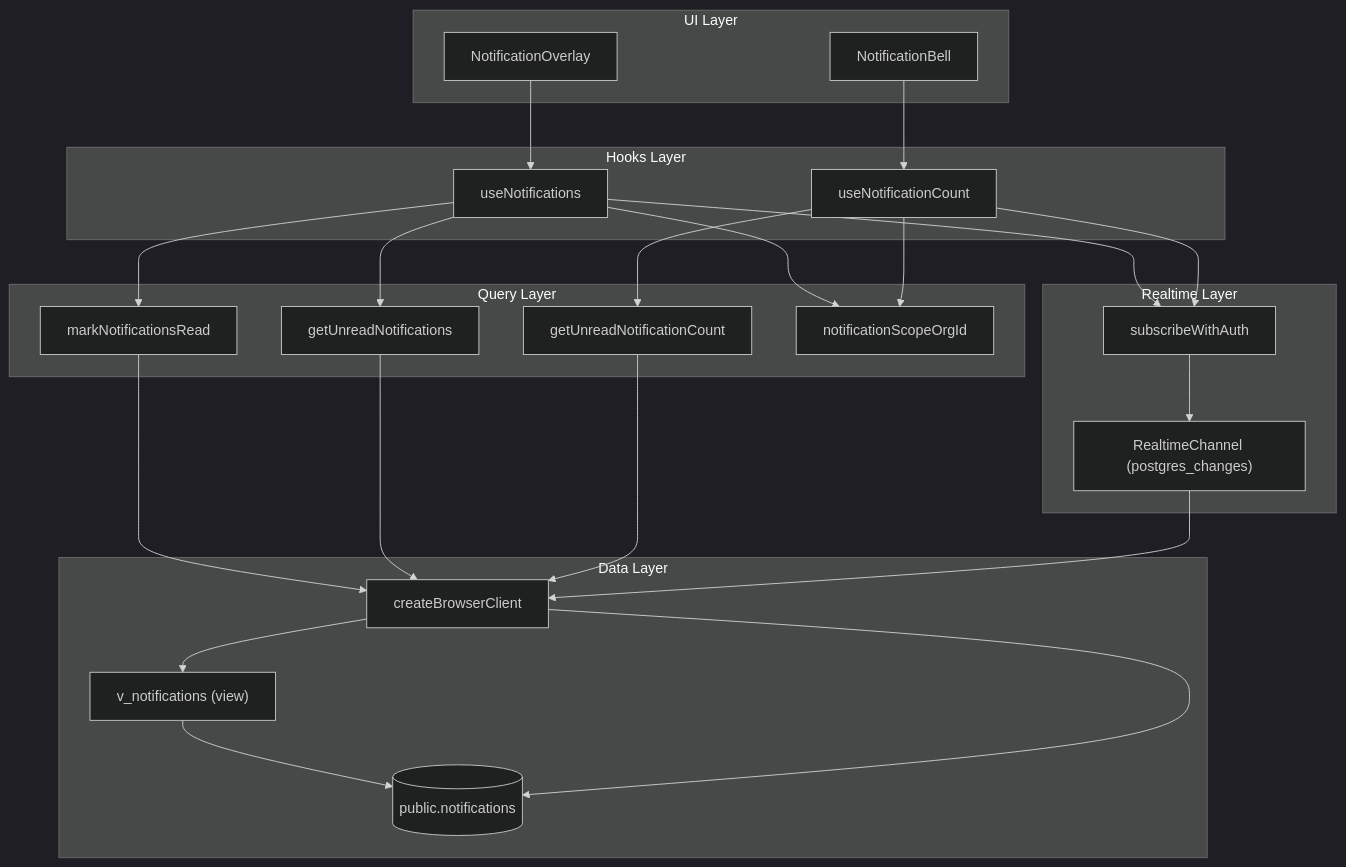
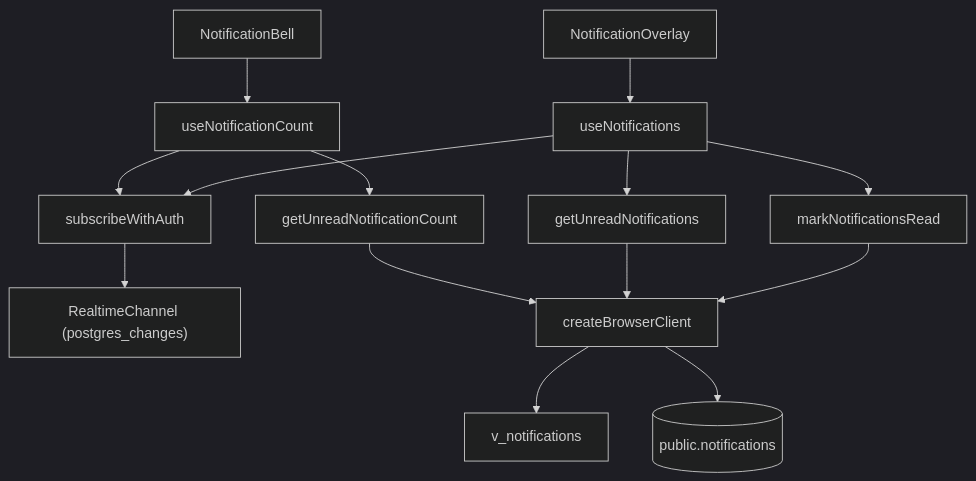
The diagram in src/content/docs/features/notifications.md (jackcasstlesjones/ozeaon-wiki), drawn with Mermaid (dark theme) before and after one commit. The commit also changed other lines of this file and 4 other files, not shown here.

````diff
--- a/src/content/docs/features/notifications.md
+++ b/src/content/docs/features/notifications.md
@@ -52,48 +30,16 @@
 ```mermaid
 flowchart TD
-    subgraph sg_UI["UI Layer"]
-        Bell["NotificationBell"]
-        Overlay["NotificationOverlay"]
-    end
-
-    subgraph sg_Hooks["Hooks Layer"]
-        CountHook["useNotificationCount"]
-        ListHook["useNotifications"]
-    end
-
-    subgraph sg_Queries["Query Layer"]
-        Count["getUnreadNotificationCount"]
-        List["getUnreadNotifications"]
-        MarkRead["markNotificationsRead"]
-        Scope["notificationScopeOrgId"]
-    end
-
-    subgraph sg_Realtime["Realtime Layer"]
-        SubAuth["subscribeWithAuth"]
-        Channel["RealtimeChannel (postgres_changes)"]
-    end
-
-    subgraph sg_Data["Data Layer"]
-        BrowserClient["createBrowserClient"]
-        View["v_notifications (view)"]
-        Table[("public.notifications")]
-    end
-
-    Bell --> CountHook
-    Overlay --> ListHook
-    CountHook --> Scope
-    ListHook --> Scope
-    CountHook --> Count
-    ListHook --> List
-    ListHook --> MarkRead
-    CountHook --> SubAuth
+    Bell["NotificationBell"] --> CountHook["useNotificationCount"]
+    Overlay["NotificationOverlay"] --> ListHook["useNotifications"]
+    CountHook --> SubAuth["subscribeWithAuth"]
     ListHook --> SubAuth
-    SubAuth --> Channel
-    Channel --> BrowserClient
-    Count --> BrowserClient
+    SubAuth --> Channel["RealtimeChannel (postgres_changes)"]
+    CountHook --> Count["getUnreadNotificationCount"]
+    ListHook --> List["getUnreadNotifications"]
+    ListHook --> MarkRead["markNotificationsRead"]
+    Count --> BrowserClient["createBrowserClient"]
     List --> BrowserClient
     MarkRead --> BrowserClient
-    BrowserClient --> View
-    BrowserClient --> Table
-    View --> Table
+    BrowserClient --> View["v_notifications"]
+    BrowserClient --> Table[("public.notifications")]
 ```
````
